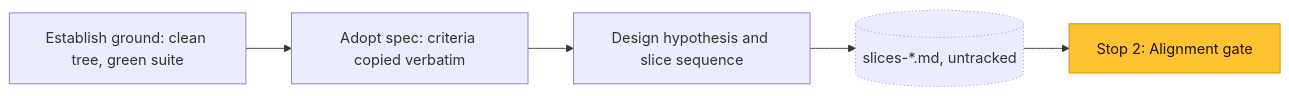
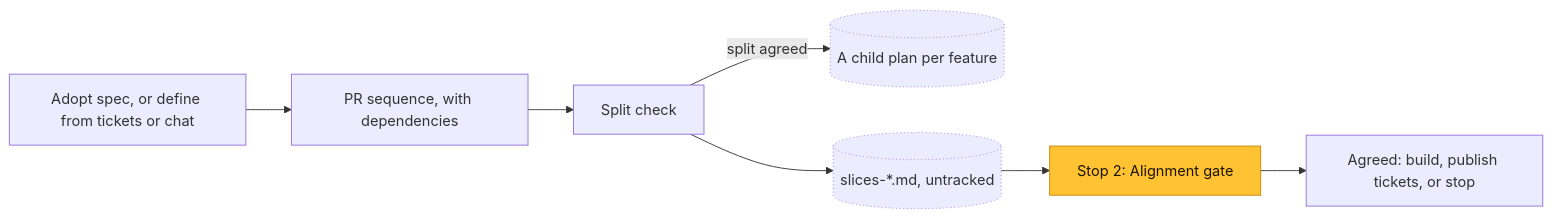
Before and after one commit to josephgee/agent-tools: the third of 6 diagrams in docs/workflow.md, drawn with Mermaid. The commit also changed other lines of this file and 22 other files, not shown here.

First line of the commit message:
Split slice-plan into slice-plan (planning) and slice-loop (building)

````diff
--- a/docs/workflow.md
+++ b/docs/workflow.md
@@ -45,10 +46,12 @@
 ```mermaid
 flowchart LR
-  ground["Establish ground: clean tree, green suite"] --> adopt["Adopt spec: criteria copied verbatim"]
-  adopt --> slices["Design hypothesis and slice sequence"]
-  slices --> plan[("slices-*.md, untracked")]:::file
+  adopt["Adopt spec, or define from tickets or chat"] --> prs["PR sequence, with dependencies"]
+  prs --> split["Split check"]
+  split -->|split agreed| children[("A child plan per feature")]:::file
+  split --> plan[("slices-*.md, untracked")]:::file
   plan --> align["Stop 2: Alignment gate"]:::you
+  align --> next["Agreed: build, publish tickets, or stop"]
 
   classDef you fill:#ffc233,stroke:#c98600,color:#1d1500
   classDef file stroke-dasharray:1 3
 ```
````
